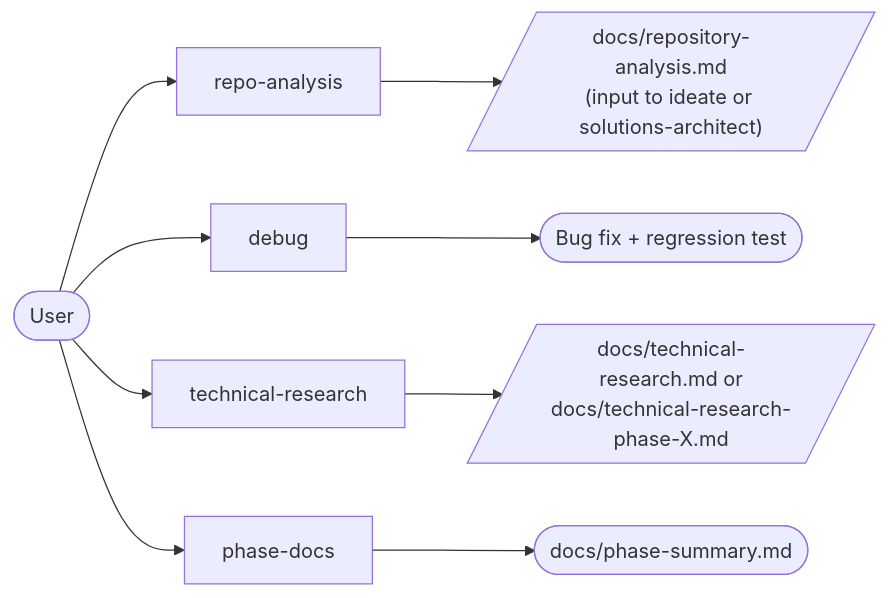
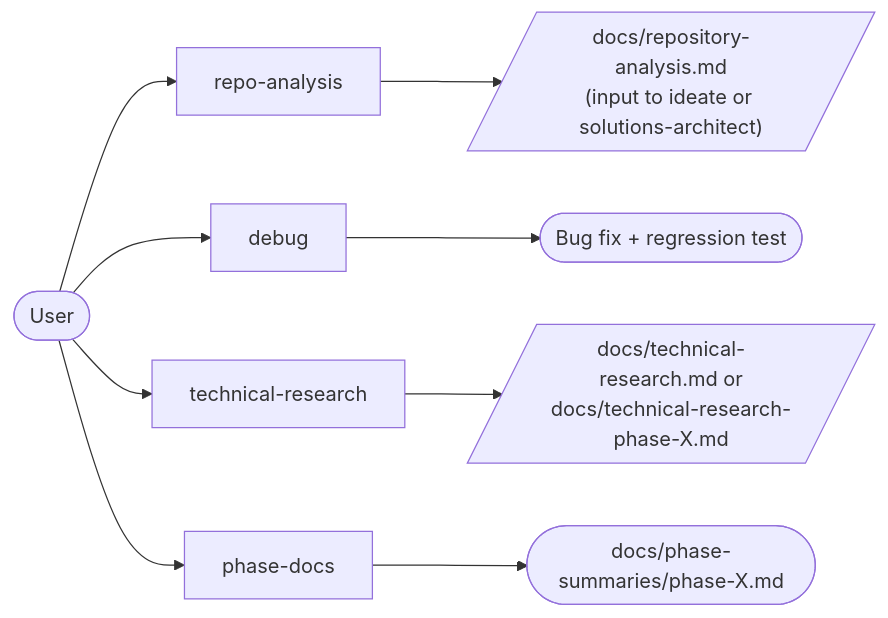
Before and after one commit to sjmeehan9/tycoon: the tenth of 11 diagrams in supporting-files/AGENT_FLOWS.md, drawn with Mermaid. The commit also changed other lines of this file and 74 other files, not shown here.

````diff
--- a/supporting-files/AGENT_FLOWS.md
+++ b/supporting-files/AGENT_FLOWS.md
@@ -563,11 +577,11 @@
 ```mermaid
 flowchart LR
     User([User]) --> RA[repo-analysis]
     User --> Debug[debug]
     User --> TR[technical-research]
     User --> PhaseDoc[phase-docs]
     RA --> Analysis[/"docs/repository-analysis.md<br/>(input to ideate or solutions-architect)"/]
     Debug --> Fix([Bug fix + regression test])
     TR --> TROut[/"docs/technical-research.md or<br/>docs/technical-research-phase-X.md"/]
-    PhaseDoc --> Summ([docs/phase-summary.md])
+    PhaseDoc --> Summ([docs/phase-summaries/phase-X.md])
 ```
````
